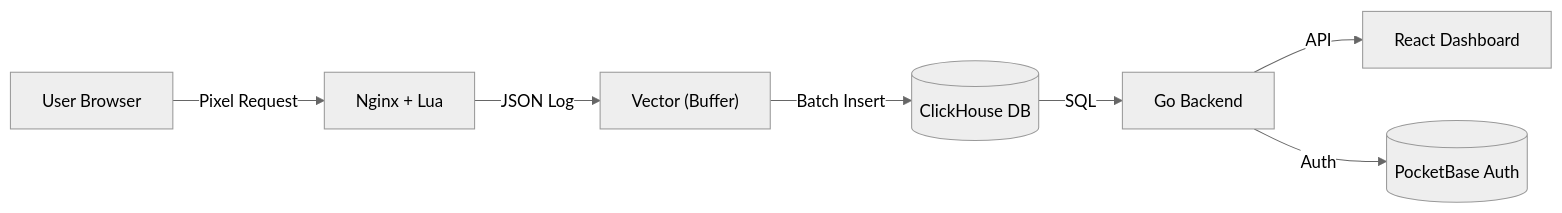
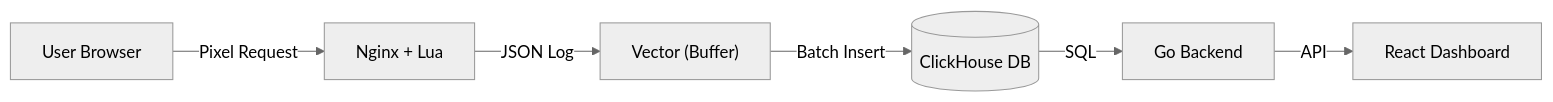
Before and after one commit to pamnard/SpyKit-Tracker: the diagram in README.md, drawn with Mermaid (neutral theme). The commit also changed other lines of this file and 2 other files, not shown here.

````diff
--- a/README.md
+++ b/README.md
@@ -62,9 +62,8 @@
 ```mermaid
 graph LR
     User["User Browser"] -->|Pixel Request| Nginx["Nginx + Lua"]
     Nginx -->|"JSON Log"| Vector["Vector (Buffer)"]
     Vector -->|"Batch Insert"| ClickHouse[("ClickHouse DB")]
     ClickHouse -->|SQL| Backend["Go Backend"]
     Backend -->|API| Frontend["React Dashboard"]
-    Backend -->|Auth| PocketBase[("PocketBase Auth")]
 ```
````
